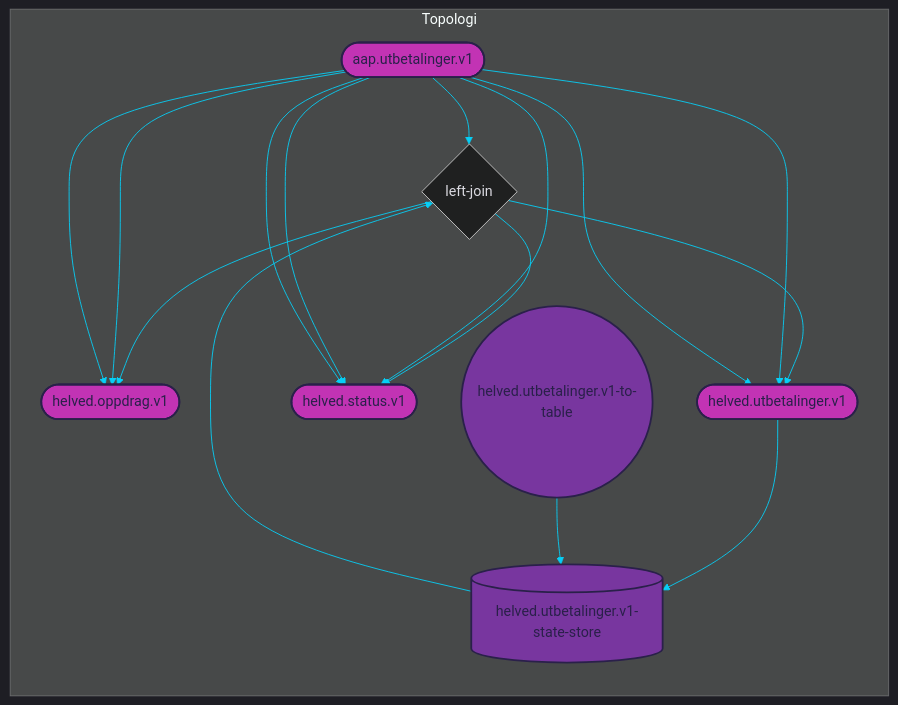
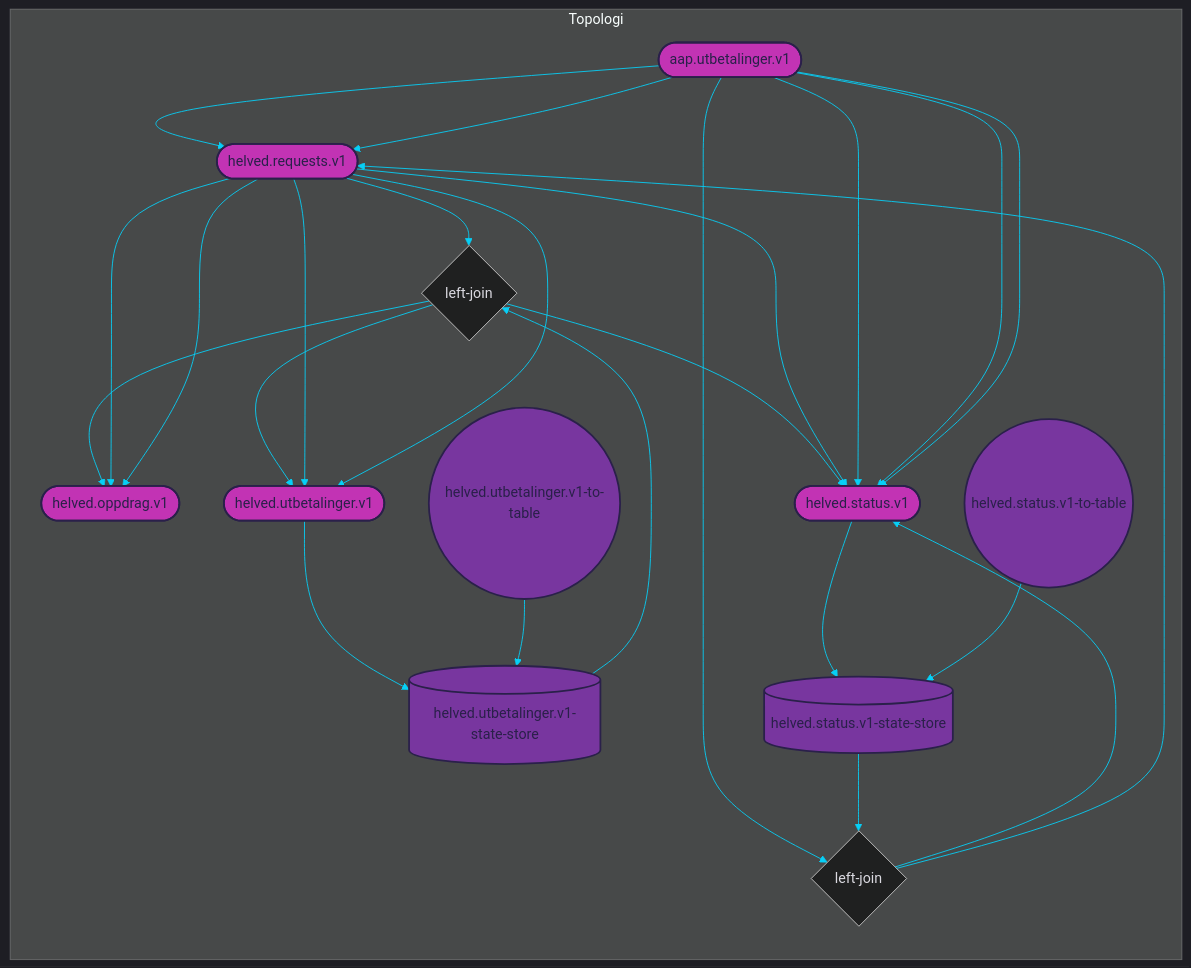
One commit to navikt/helved-utbetaling changed the diagram in dokumentasjon/topology.mmd. Above: the diagram before and after it, drawn with Mermaid. The commit also changed 13 other files, not shown here.

Commit message:
sjekk siste status ved vha join og ny internt topic

```diff
--- a/dokumentasjon/topology.mmd
+++ b/dokumentasjon/topology.mmd
@@ -1,74 +1,90 @@
 
 %%{init: {'theme': 'dark', 'themeVariables': { 'primaryColor': '#07cff6', 'textColor': '#dad9e0', 'lineColor': '#07cff6'}}}%%
 
 graph LR
 
 subgraph Topologi
     %% TOPICS
-    aap.utbetalinger.v1([aap.utbetalinger.v1])
+    helved.requests.v1([helved.requests.v1])
 	helved.utbetalinger.v1([helved.utbetalinger.v1])
 	helved.oppdrag.v1([helved.oppdrag.v1])
 	helved.status.v1([helved.status.v1])
+	aap.utbetalinger.v1([aap.utbetalinger.v1])
 
     %% JOINS
-    aap.utbetalinger.v1-left-join-helved.utbetalinger.v1{left-join}
+    helved.requests.v1-left-join-helved.utbetalinger.v1{left-join}
+	aap.utbetalinger.v1-left-join-helved.status.v1{left-join}
 
     %% STATE PROCESSORS
     
     
     %% STATE STORES
     helved.utbetalinger.v1-state-store[(helved.utbetalinger.v1-state-store)]
+	helved.status.v1-state-store[(helved.status.v1-state-store)]
     
     %% DATABASES
     
     
 
     %% PROCESSOR API JOBS
     helved.utbetalinger.v1-to-table((helved.utbetalinger.v1-to-table))
+	helved.status.v1-to-table((helved.status.v1-to-table))
     
     %% JOIN STREAMS
-    aap.utbetalinger.v1 --> aap.utbetalinger.v1-left-join-helved.utbetalinger.v1
-	helved.utbetalinger.v1-state-store --> aap.utbetalinger.v1-left-join-helved.utbetalinger.v1
-	aap.utbetalinger.v1-left-join-helved.utbetalinger.v1 --> helved.oppdrag.v1
-	aap.utbetalinger.v1-left-join-helved.utbetalinger.v1 --> helved.utbetalinger.v1
-	aap.utbetalinger.v1-left-join-helved.utbetalinger.v1 --> helved.status.v1
+    helved.requests.v1 --> helved.requests.v1-left-join-helved.utbetalinger.v1
+	helved.utbetalinger.v1-state-store --> helved.requests.v1-left-join-helved.utbetalinger.v1
+	helved.requests.v1-left-join-helved.utbetalinger.v1 --> helved.oppdrag.v1
+	helved.requests.v1-left-join-helved.utbetalinger.v1 --> helved.utbetalinger.v1
+	helved.requests.v1-left-join-helved.utbetalinger.v1 --> helved.status.v1
+	aap.utbetalinger.v1 --> aap.utbetalinger.v1-left-join-helved.status.v1
+	helved.status.v1-state-store --> aap.utbetalinger.v1-left-join-helved.status.v1
+	aap.utbetalinger.v1-left-join-helved.status.v1 --> helved.status.v1
+	aap.utbetalinger.v1-left-join-helved.status.v1 --> helved.requests.v1
 
     %% TABLE STREAMS
     helved.utbetalinger.v1 --> helved.utbetalinger.v1-state-store
+	helved.status.v1 --> helved.status.v1-state-store
 
     %% JOB STREAMS
     helved.utbetalinger.v1-to-table --> helved.utbetalinger.v1-state-store
+	helved.status.v1-to-table --> helved.status.v1-state-store
     
     %% BRANCH STREAMS
-    aap.utbetalinger.v1 --> helved.oppdrag.v1
-	aap.utbetalinger.v1 --> helved.utbetalinger.v1
+    helved.requests.v1 --> helved.oppdrag.v1
+	helved.requests.v1 --> helved.utbetalinger.v1
+	helved.requests.v1 --> helved.status.v1
+	helved.requests.v1 --> helved.oppdrag.v1
+	helved.requests.v1 --> helved.utbetalinger.v1
+	aap.utbetalinger.v1 --> helved.status.v1
+	aap.utbetalinger.v1 --> helved.requests.v1
 	aap.utbetalinger.v1 --> helved.status.v1
 	aap.utbetalinger.v1 --> helved.status.v1
-	aap.utbetalinger.v1 --> helved.oppdrag.v1
-	aap.utbetalinger.v1 --> helved.utbetalinger.v1
-	aap.utbetalinger.v1 --> helved.status.v1
+	aap.utbetalinger.v1 --> helved.requests.v1
 
     %% REPARTITION STREAMS
     
     
     %% BASIC STREAMS
     
     
     %% CUSTOM PROCESS STREAMS
     
 end
 
 %% COLORS
 %% light    #dad9e0
 %% purple   #78369f
 %% pink     #c233b4
 %% dark     #2a204a
 %% blue     #07cff6
 
 %% STYLES
-style aap.utbetalinger.v1 fill:#c233b4, stroke:#2a204a, stroke-width:2px, color:#2a204a
+style helved.requests.v1 fill:#c233b4, stroke:#2a204a, stroke-width:2px, color:#2a204a
 style helved.utbetalinger.v1 fill:#c233b4, stroke:#2a204a, stroke-width:2px, color:#2a204a
 style helved.oppdrag.v1 fill:#c233b4, stroke:#2a204a, stroke-width:2px, color:#2a204a
 style helved.status.v1 fill:#c233b4, stroke:#2a204a, stroke-width:2px, color:#2a204a
+style aap.utbetalinger.v1 fill:#c233b4, stroke:#2a204a, stroke-width:2px, color:#2a204a
 style helved.utbetalinger.v1-state-store fill:#78369f, stroke:#2a204a, stroke-width:2px, color:#2a204a
+style helved.status.v1-state-store fill:#78369f, stroke:#2a204a, stroke-width:2px, color:#2a204a
 style helved.utbetalinger.v1-to-table fill:#78369f, stroke:#2a204a, stroke-width:2px, color:#2a204a
+style helved.status.v1-to-table fill:#78369f, stroke:#2a204a, stroke-width:2px, color:#2a204a
```
